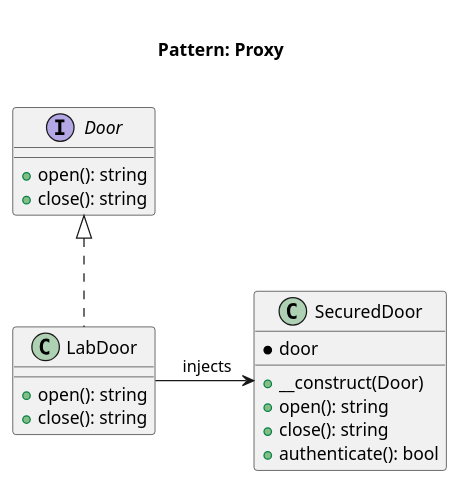
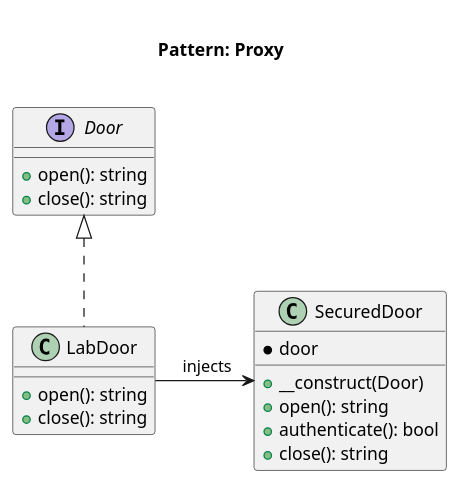
One commit to rosselli/design-patterns-implemented.concepts changed the diagram in patterns/structural/proxy/kamran-ahmed/diagram.pu. Above: the diagram before and after it, drawn with PlantUML. The commit also changed other lines of this file and 10 other files, not shown here.

```diff
--- a/patterns/structural/proxy/kamran-ahmed/diagram.pu
+++ b/patterns/structural/proxy/kamran-ahmed/diagram.pu
@@ -1,23 +1,23 @@
 @startuml
     Title <size:20>\nPattern: Proxy\n
 
     interface Door {
         + open(): string
         + close(): string
     }
 
     class LabDoor implements Door {
         + open(): string
         + close(): string
     }
 
     class SecuredDoor {
     	* door
     	+ __construct(Door)
         + open(): string
+        + authenticate(): bool
         + close(): string
-        + authenticate(): bool
     }
 
 	LabDoor -right-> SecuredDoor: " injects"
 @enduml
```
